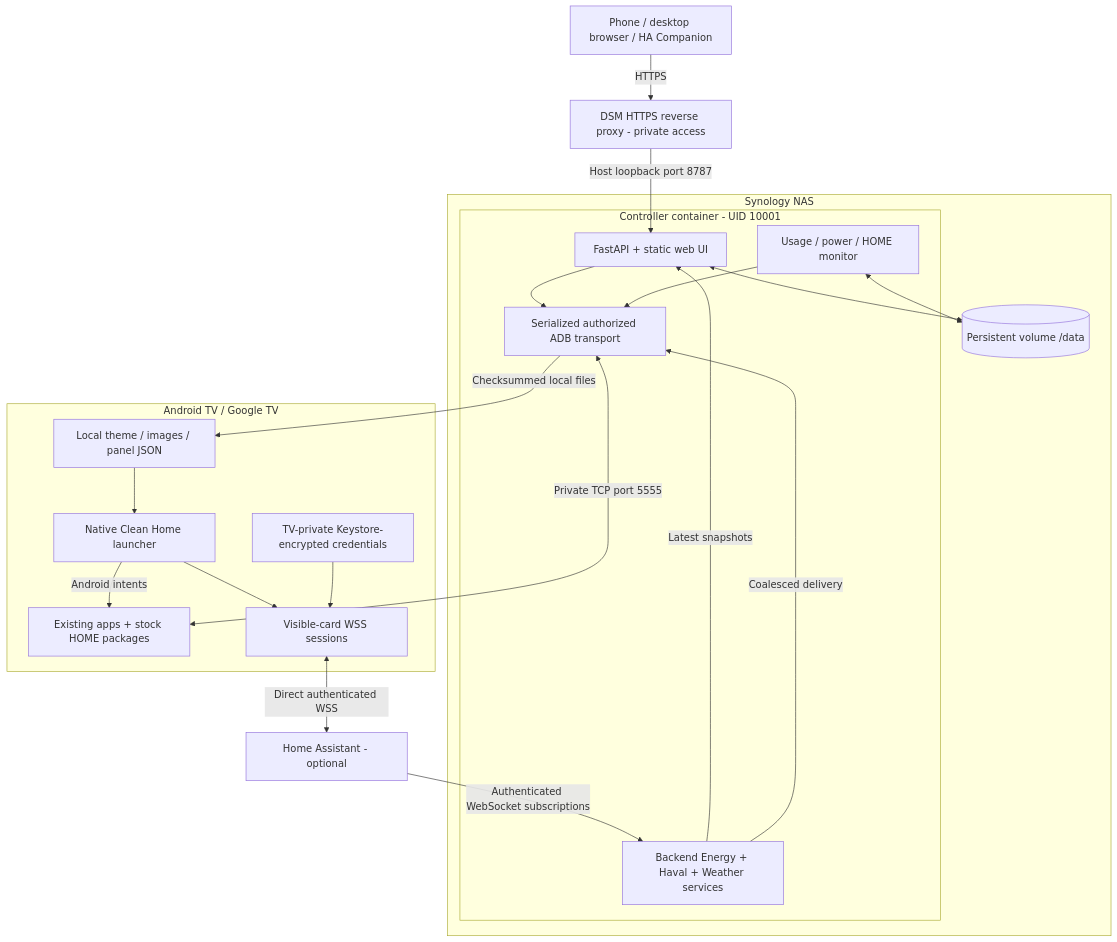
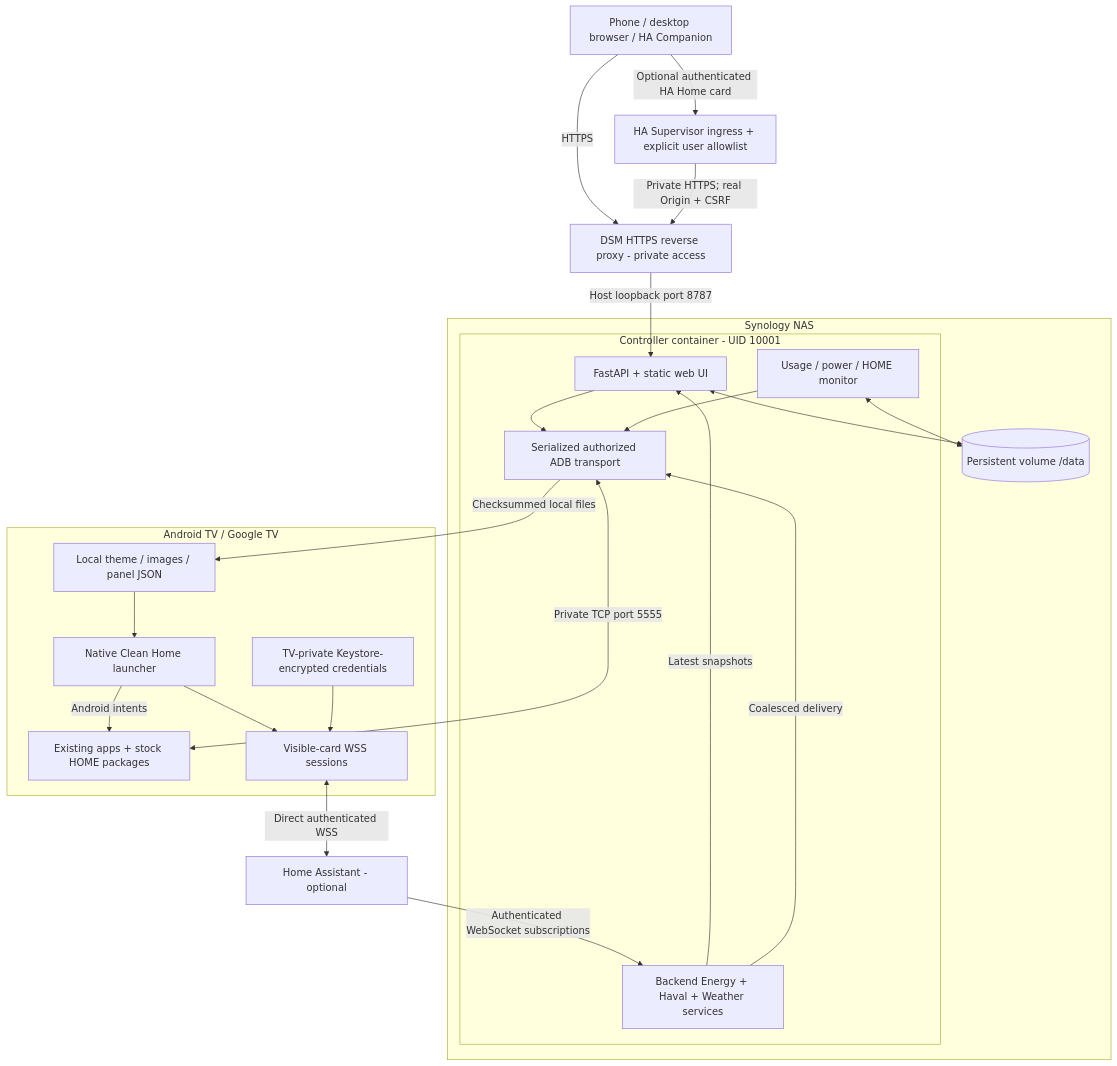
Before and after one commit to zangkasi55/tcl-clean-launcher-with-backend: the first of 3 diagrams in docs/ARCHITECTURE.md, drawn with Mermaid. The commit also changed other lines of this file and 18 other files, not shown here.

First line of the commit message:
feat: add authenticated HA Home controls and mobile scrolling

````diff
--- a/docs/ARCHITECTURE.md
+++ b/docs/ARCHITECTURE.md
@@ -12,41 +12,43 @@
 ```mermaid
 flowchart TB
     User["Phone / desktop browser / HA Companion"]
     Proxy["DSM HTTPS reverse proxy - private access"]
     HA["Home Assistant - optional"]
 
     subgraph NAS["Synology NAS"]
         subgraph Container["Controller container - UID 10001"]
             API["FastAPI + static web UI"]
             Monitor["Usage / power / HOME monitor"]
             Feeds["Backend Energy + Haval + Weather services"]
             ADB["Serialized authorized ADB transport"]
         end
         Data[("Persistent volume /data")]
     end
 
     subgraph AndroidTV["Android TV / Google TV"]
         Packages["Existing apps + stock HOME packages"]
         Files["Local theme / images / panel JSON"]
         Launcher["Native Clean Home launcher"]
         Direct["Visible-card WSS sessions"]
         Secrets["TV-private Keystore-encrypted credentials"]
     end
 
     User -->|HTTPS| Proxy
+    User -->|Optional authenticated HA Home card| Ingress["HA Supervisor ingress + explicit user allowlist"]
+    Ingress -->|Private HTTPS; real Origin + CSRF| Proxy
     Proxy -->|Host loopback port 8787| API
     API <--> Data
     Monitor <--> Data
     API --> ADB
     Monitor --> ADB
     HA -->|Authenticated WebSocket subscriptions| Feeds
     Feeds -->|Latest snapshots| API
     Feeds -->|Coalesced delivery| ADB
     ADB <-->|Private TCP port 5555| Packages
     ADB -->|Checksummed local files| Files
     Files --> Launcher
     Launcher --> Direct
     Secrets --> Direct
     Direct <-->|Direct authenticated WSS| HA
     Launcher -->|Android intents| Packages
 ```
````
